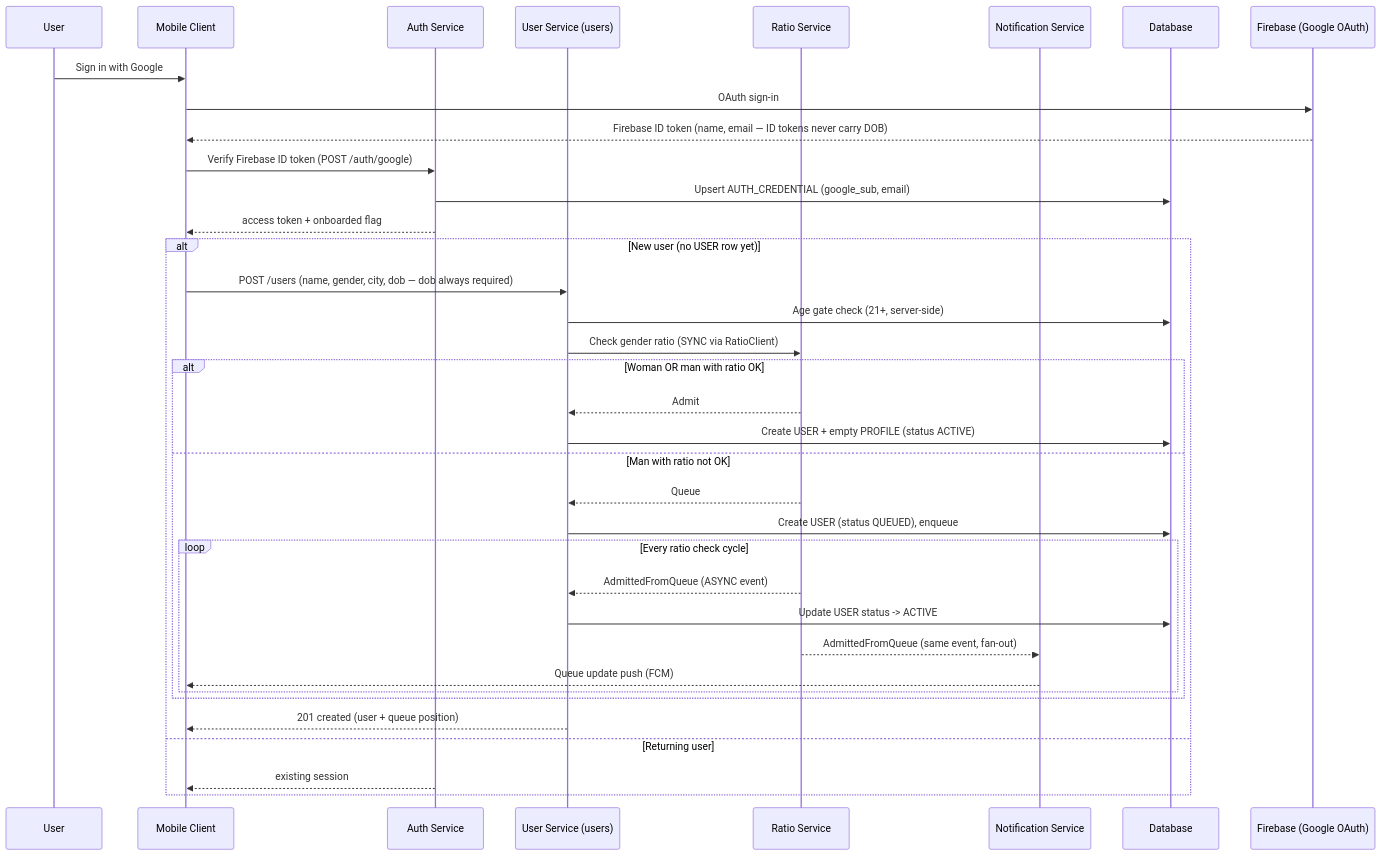
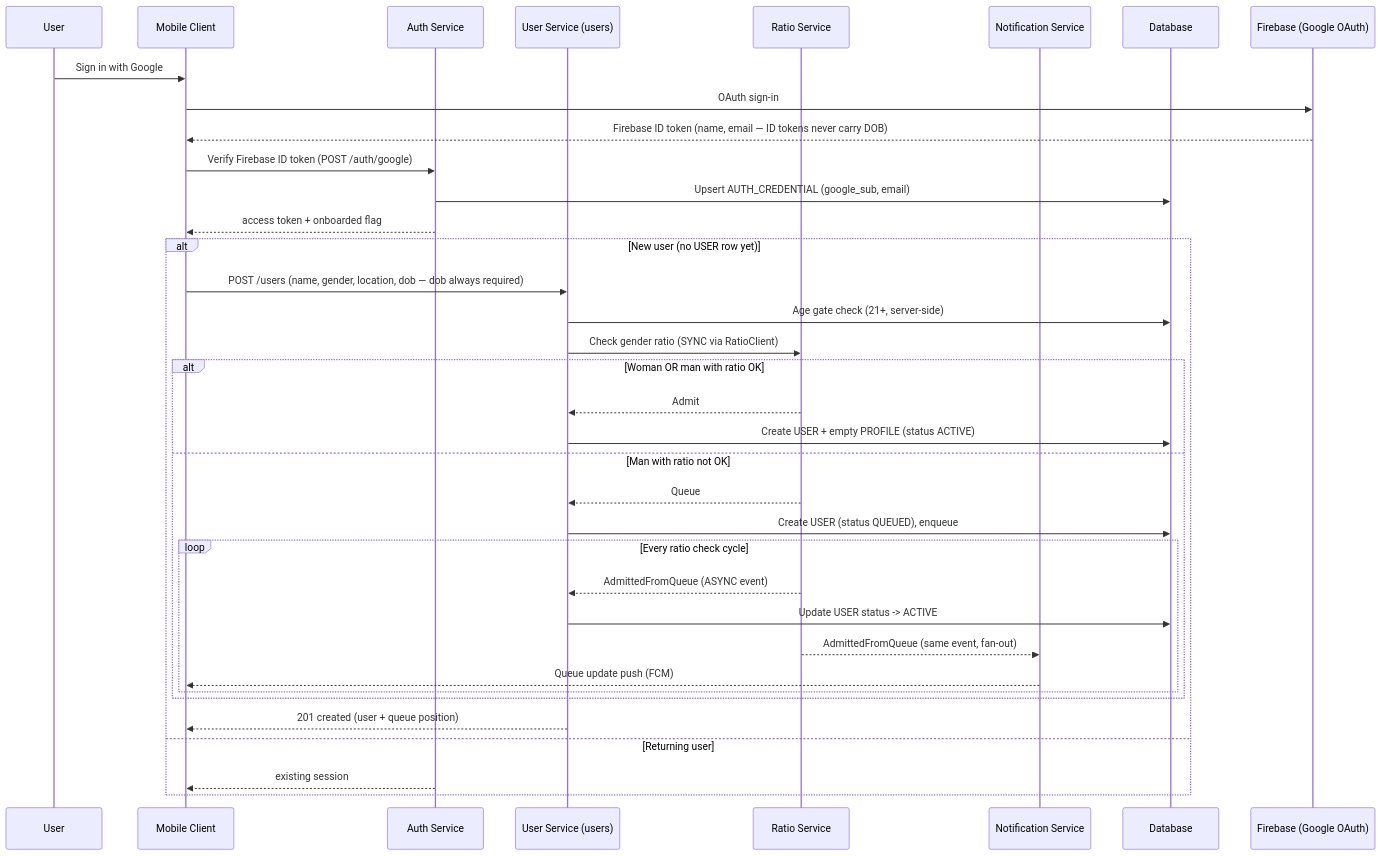
The first of 4 diagrams in design-decision/inter-service-communication.md (cheetah-org/fold-design), drawn with Mermaid before and after one commit. The commit also changed other lines of this file and 12 other files, not shown here.

First line of the commit message:
Sync ER diagram with API specs, replace city with location/region, fix cross-doc errors

````diff
--- a/design-decision/inter-service-communication.md
+++ b/design-decision/inter-service-communication.md
@@ -62,39 +62,39 @@
 ```mermaid
 sequenceDiagram
     participant User as User
     participant Client as Mobile Client
     participant Auth as Auth Service
     participant UserSvc as User Service (users)
     participant Ratio as Ratio Service
     participant Notif as Notification Service
     participant DB as Database
     participant Firebase as Firebase (Google OAuth)
 
     User ->> Client: Sign in with Google
     Client ->> Firebase: OAuth sign-in
     Firebase -->> Client: Firebase ID token (name, email — ID tokens never carry DOB)
     Client ->> Auth: Verify Firebase ID token (POST /auth/google)
     Auth ->> DB: Upsert AUTH_CREDENTIAL (google_sub, email)
     Auth -->> Client: access token + onboarded flag
     alt New user (no USER row yet)
-        Client ->> UserSvc: POST /users (name, gender, city, dob — dob always required)
+        Client ->> UserSvc: POST /users (name, gender, location, dob — dob always required)
         UserSvc ->> DB: Age gate check (21+, server-side)
         UserSvc ->> Ratio: Check gender ratio (SYNC via RatioClient)
         alt Woman OR man with ratio OK
             Ratio -->> UserSvc: Admit
             UserSvc ->> DB: Create USER + empty PROFILE (status ACTIVE)
         else Man with ratio not OK
             Ratio -->> UserSvc: Queue
             UserSvc ->> DB: Create USER (status QUEUED), enqueue
             loop Every ratio check cycle
                 Ratio -->> UserSvc: AdmittedFromQueue (ASYNC event)
                 UserSvc ->> DB: Update USER status -> ACTIVE
                 Ratio -->> Notif: AdmittedFromQueue (same event, fan-out)
                 Notif -->> Client: Queue update push (FCM)
             end
         end
         UserSvc -->> Client: 201 created (user + queue position)
     else Returning user
         Auth -->> Client: existing session
     end
 ```
````
